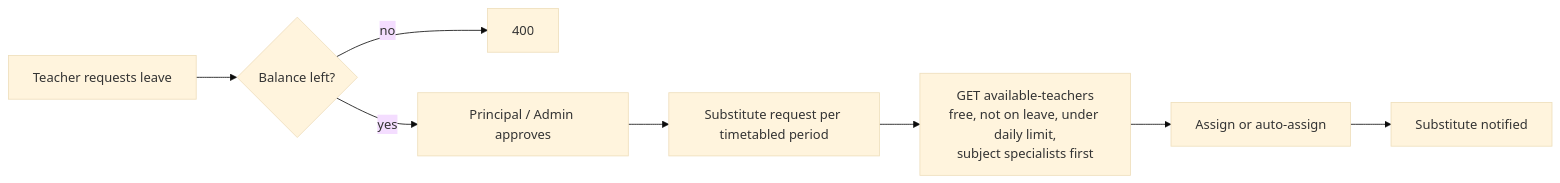
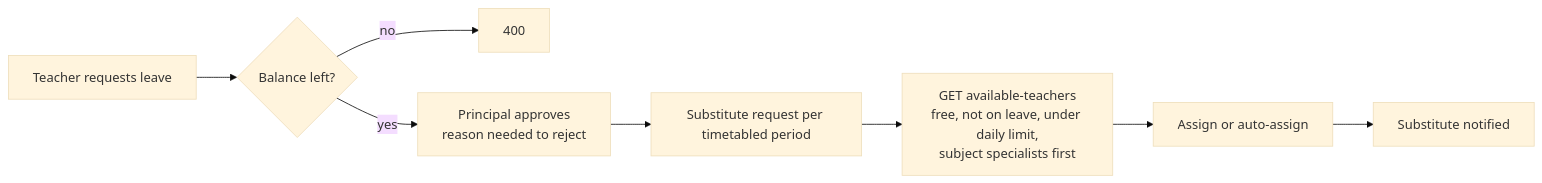
Before and after one commit to DhanaSekhar-0-1/ERP_System: the tenth of 10 diagrams in docs/role-scenarios.md, drawn with Mermaid (base theme). The commit also changed other lines of this file and 8 other files, not shown here.

````diff
--- a/docs/role-scenarios.md
+++ b/docs/role-scenarios.md
@@ -339,9 +356,9 @@
 ```mermaid
 flowchart LR
   A[Teacher requests leave] --> B{Balance left?}
   B -- no --> X[400]
-  B -- yes --> C[Principal / Admin approves]
+  B -- yes --> C[Principal approves<br/>reason needed to reject]
   C --> D[Substitute request per timetabled period]
   D --> E["GET available-teachers<br/>free, not on leave, under daily limit,<br/>subject specialists first"]
   E --> F[Assign or auto-assign] --> G[Substitute notified]
 ```
````
